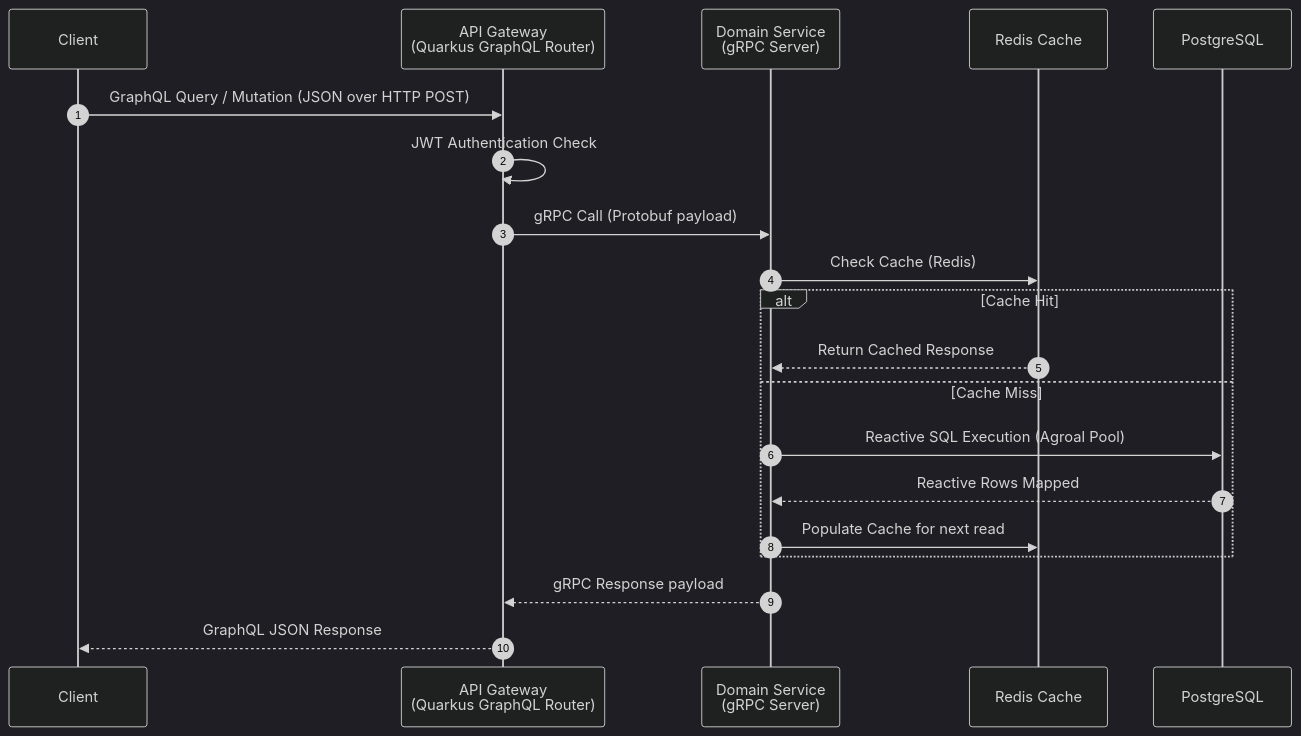
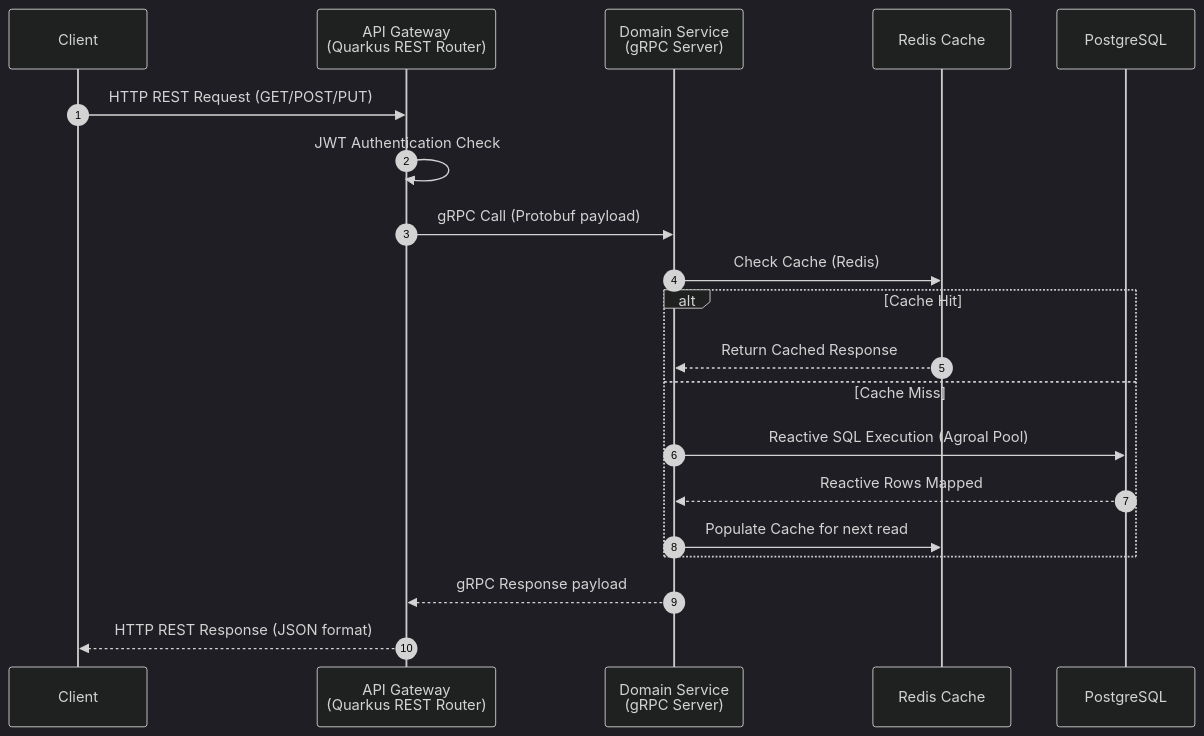
Before and after one commit to MamangRust/microservice-pointofsale-quarkus-graphql: the fourth of 12 diagrams in README.md, drawn with Mermaid (dark theme). The commit also changed other lines of this file and 457 other files, not shown here.

````diff
--- a/README.md
+++ b/README.md
@@ -320,23 +320,23 @@
 ```mermaid
 sequenceDiagram
     autonumber
     participant C as Client
-    participant GW as API Gateway<br/>(Quarkus GraphQL Router)
+    participant GW as API Gateway<br/>(Quarkus REST Router)
     participant SVC as Domain Service<br/>(gRPC Server)
     participant REDIS as Redis Cache
     participant DB as PostgreSQL
 
-    C->>GW: GraphQL Query / Mutation (JSON over HTTP POST)
+    C->>GW: HTTP REST Request (GET/POST/PUT)
     GW->>GW: JWT Authentication Check
     GW->>SVC: gRPC Call (Protobuf payload)
     SVC->>REDIS: Check Cache (Redis)
     alt Cache Hit
         REDIS-->>SVC: Return Cached Response
     else Cache Miss
         SVC->>DB: Reactive SQL Execution (Agroal Pool)
         DB-->>SVC: Reactive Rows Mapped
         SVC->>REDIS: Populate Cache for next read
     end
     SVC-->>GW: gRPC Response payload
-    GW-->>C: GraphQL JSON Response
+    GW-->>C: HTTP REST Response (JSON format)
 ```
````
